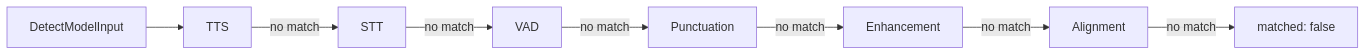
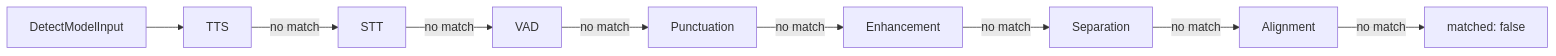
Before and after one commit to XDcobra/react-native-sherpa-onnx: the third of 3 diagrams in docs/model-detect.md, drawn with Mermaid. The commit also changed 4 other files, not shown here.

````diff
--- a/docs/model-detect.md
+++ b/docs/model-detect.md
@@ -321,10 +321,11 @@
 ```mermaid
 flowchart LR
   input["DetectModelInput"] --> tts[TTS]
   tts -->|no match| stt[STT]
   stt -->|no match| vad[VAD]
   vad -->|no match| punct[Punctuation]
   punct -->|no match| enh[Enhancement]
-  enh -->|no match| align[Alignment]
+  enh -->|no match| sep[Separation]
+  sep -->|no match| align[Alignment]
   align -->|no match| none["matched: false"]
 ```
````
